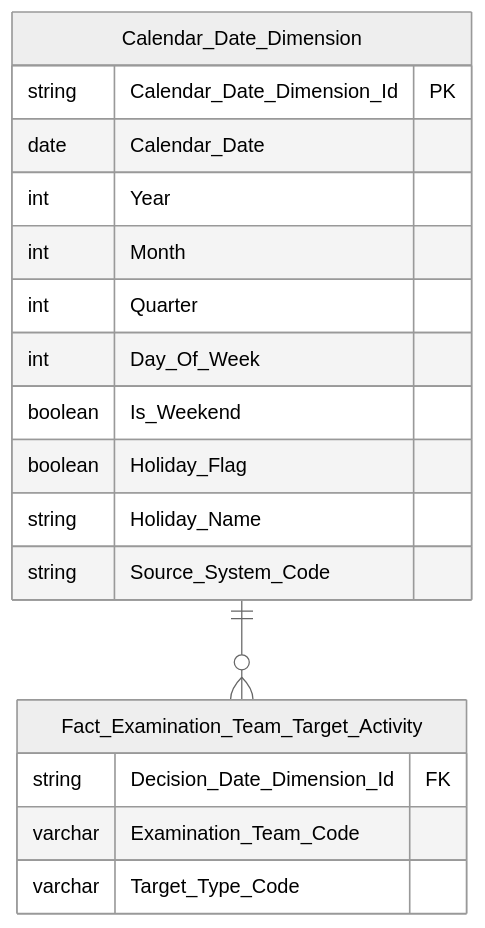
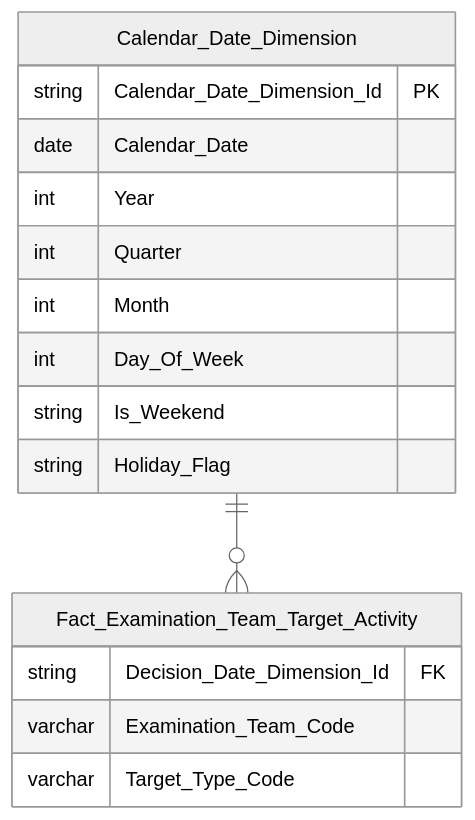
One commit to linhlvit/ubck_atomic_design changed diagram 28 of 46 in Datamart/hld/DTM_TT_HLD.md. Above: the diagram before and after it, drawn with Mermaid (neutral theme). The commit also changed other lines of this file and 41 other files, not shown here.

````diff
--- a/Datamart/hld/DTM_TT_HLD.md
+++ b/Datamart/hld/DTM_TT_HLD.md
@@ -923,21 +1026,19 @@
 ```mermaid
 erDiagram
     Calendar_Date_Dimension ||--o{ Fact_Examination_Team_Target_Activity : " "
     Fact_Examination_Team_Target_Activity {
         string Decision_Date_Dimension_Id FK
         varchar Examination_Team_Code
         varchar Target_Type_Code
     }
     Calendar_Date_Dimension {
         string Calendar_Date_Dimension_Id PK
         date Calendar_Date
         int Year
+        int Quarter
         int Month
-        int Quarter
         int Day_Of_Week
-        boolean Is_Weekend
-        boolean Holiday_Flag
-        string Holiday_Name
-        string Source_System_Code
+        string Is_Weekend
+        string Holiday_Flag
     }
 ```
````
